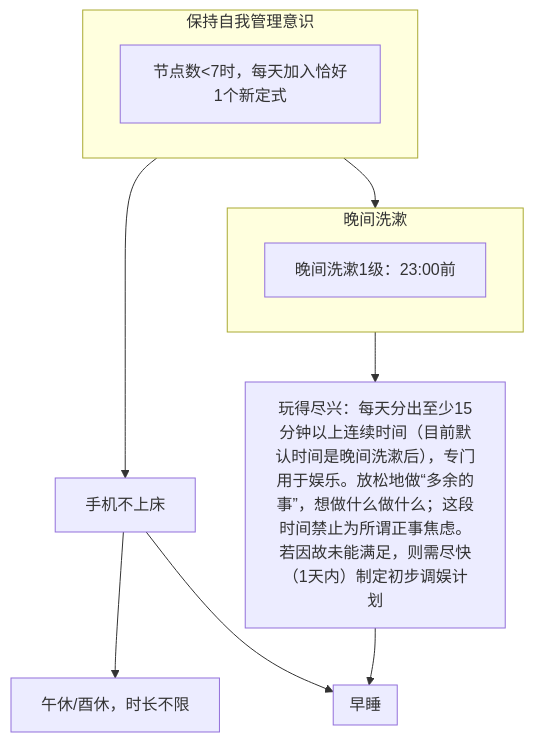
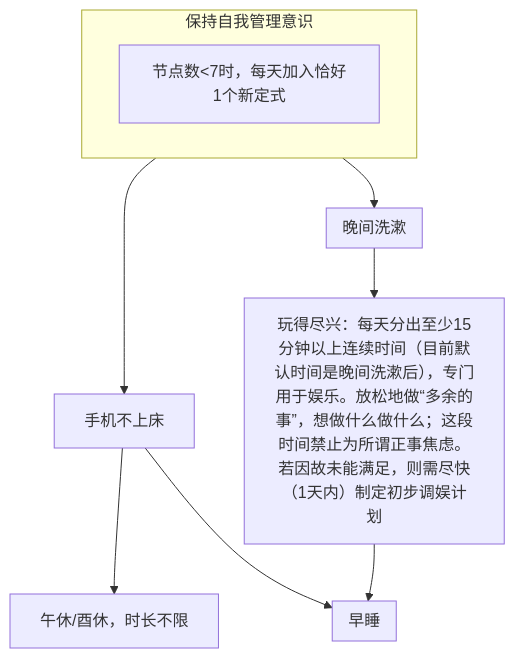
Before and after one commit to Ethkuil/RSIP-tree: the diagram in README.md, drawn with Mermaid.

Commit message:
remove #7: 晚间洗漱1级：23:00前

````diff
--- a/README.md
+++ b/README.md
@@ -7,22 +7,22 @@
 ```mermaid
 graph TD
 
 subgraph 5[保持自我管理意识]
 0[节点数<7时，每天加入恰好1个新定式]
 end
 
 5 --> 1[手机不上床]
 1 --> 2[午休/酉休，时长不限]
 
 5 --> 6
 subgraph 6[晚间洗漱]
-7[晚间洗漱1级：23:00前]
+
 end
 6 --> 8[玩得尽兴：每天分出至少15分钟以上连续时间（目前默认时间是晚间洗漱后），专门用于娱乐。放松地做“多余的事”，想做什么做什么；这段时间禁止为所谓正事焦虑。若因故未能满足，则需尽快（1天内）制定初步调娱计划]
 
 1 --> 9
 8 --> 9
 subgraph 9[早睡]
 
 end
 ```
````
